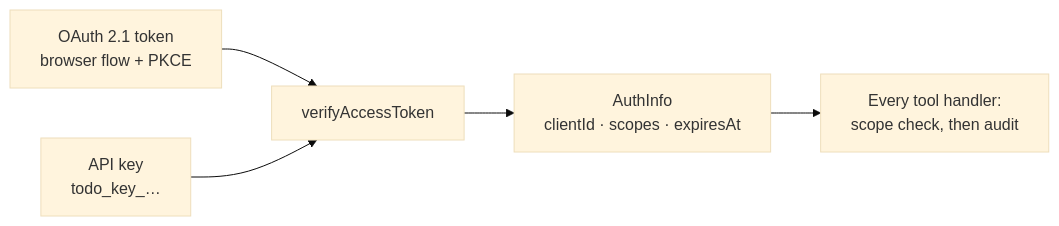
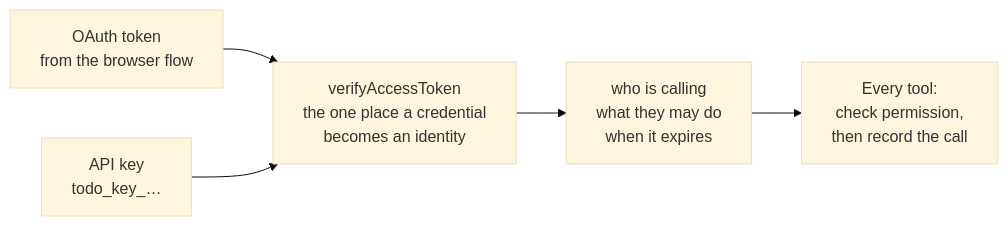
The first of 2 diagrams in docs/MCP.md (galshohat/fb-pse-assignment), drawn with Mermaid (base theme) before and after one commit. The commit also changed other lines of this file and 6 other files, not shown here.

````diff
--- a/docs/MCP.md
+++ b/docs/MCP.md
@@ -44,7 +44,7 @@
 ```mermaid
 flowchart LR
-    oauth["OAuth 2.1 token<br/>browser flow + PKCE"] --> v
+    oauth["OAuth token<br/>from the browser flow"] --> v
     key["API key<br/>todo_key_…"] --> v
-    v["verifyAccessToken"] --> info["AuthInfo<br/>clientId · scopes · expiresAt"]
-    info --> guard["Every tool handler:<br/>scope check, then audit"]
+    v["verifyAccessToken<br/>the one place a credential<br/>becomes an identity"] --> info["who is calling<br/>what they may do<br/>when it expires"]
+    info --> guard["Every tool:<br/>check permission,<br/>then record the call"]
 ```
````
